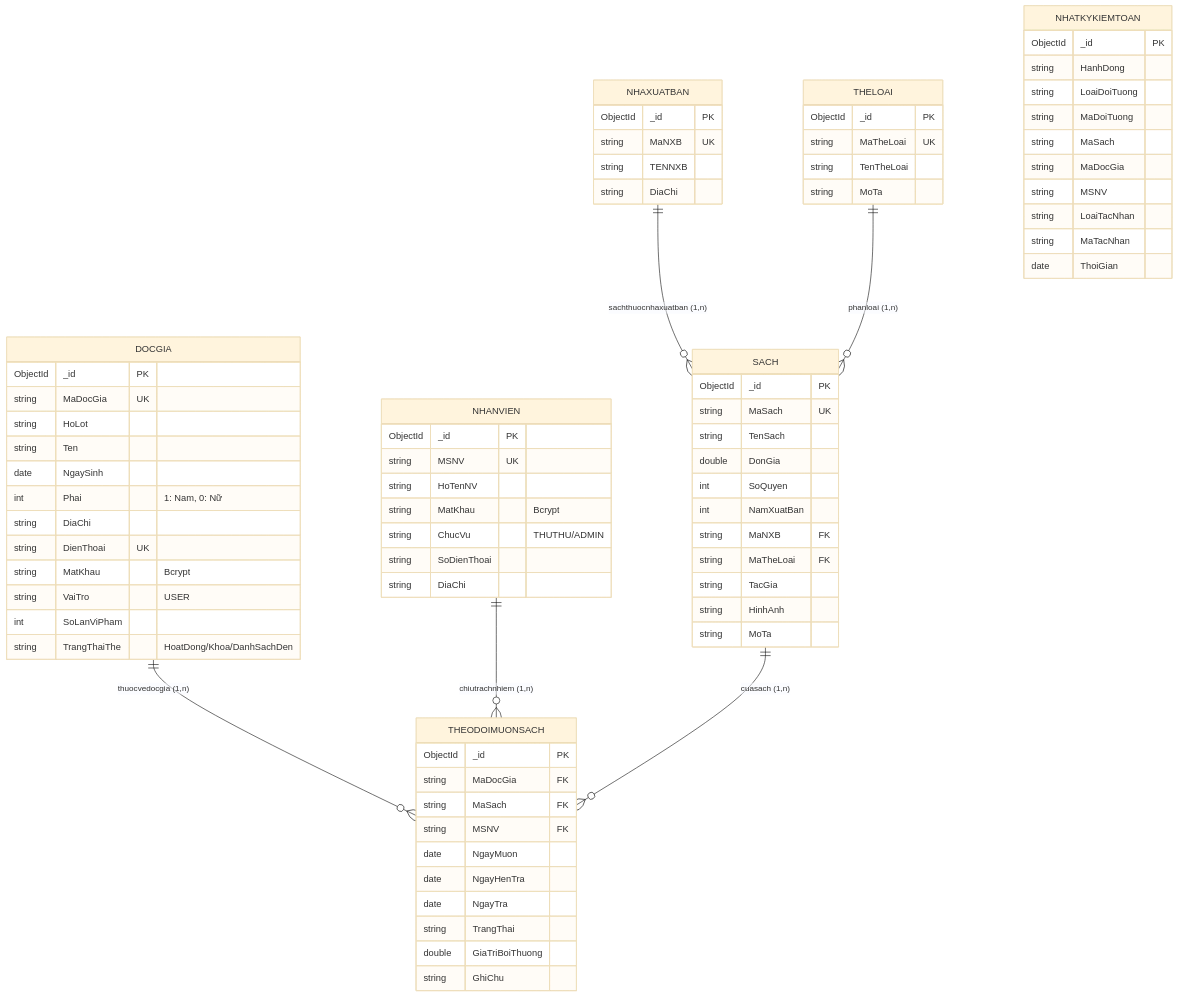
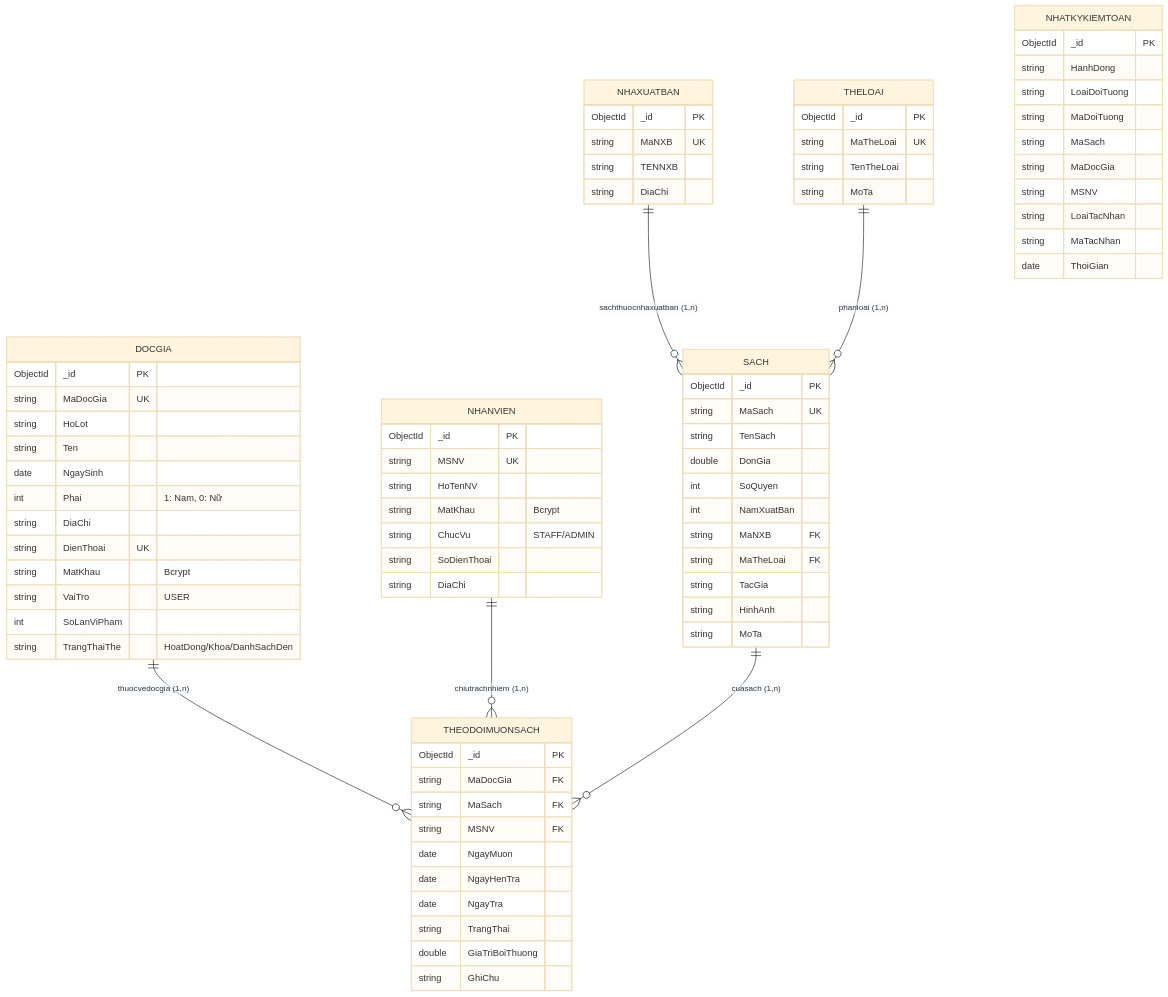
Before and after one commit to TranAnhVu2005/B2306603_Tran_Anh_Vu_Manage_Book_At_Library: the diagram in docs/02_DATABASE.md, drawn with Mermaid (base theme). The commit also changed other lines of this file and 40 other files, not shown here.

```diff
--- a/docs/02_DATABASE.md
+++ b/docs/02_DATABASE.md
@@ -248,7 +251,7 @@
         string MSNV UK
         string HoTenNV
         string MatKhau "Bcrypt"
-        string ChucVu "THUTHU/ADMIN"
+        string ChucVu "STAFF/ADMIN"
         string SoDienThoai
         string DiaChi
     }
```
